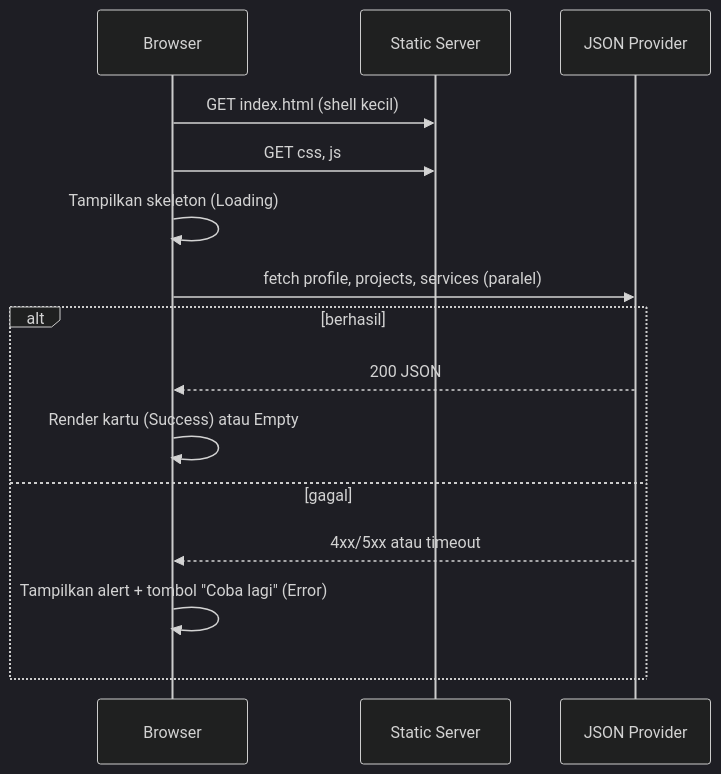
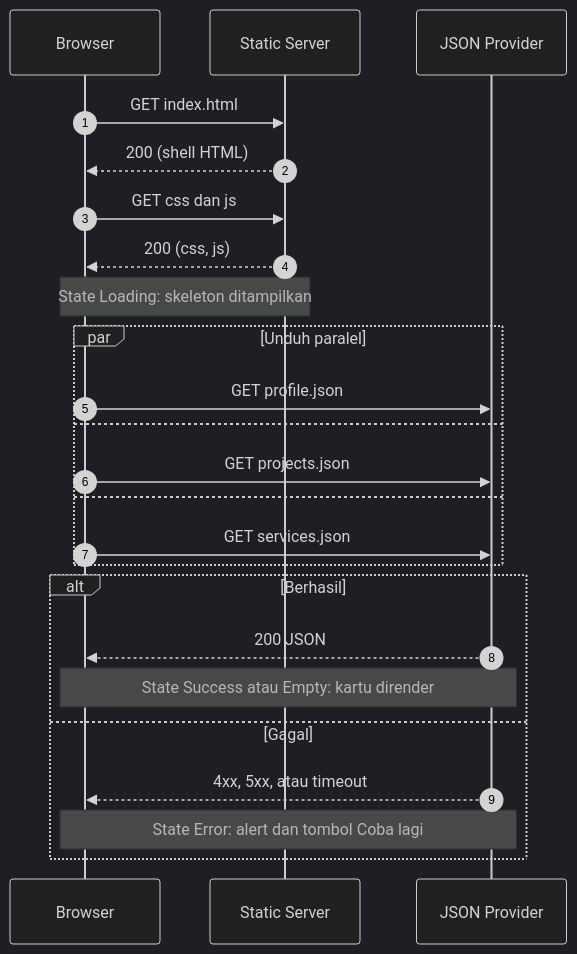
One commit to FredrickAritonang/ppw-2026-week2-12S24001 changed the second of 2 diagrams in README.md. Above: the diagram before and after it, drawn with Mermaid (dark theme).

Commit message:
fix(docs): fix mermaid c4 architecture diagram syntax in readme

````diff
--- a/README.md
+++ b/README.md
@@ -69,17 +69,29 @@
 ```mermaid
 sequenceDiagram
+  autonumber
   participant B as Browser
   participant S as Static Server
   participant D as JSON Provider
-  B->>S: GET index.html (shell kecil)
-  B->>S: GET css, js
-  B->>B: Tampilkan skeleton (Loading)
-  B->>D: fetch profile, projects, services (paralel)
-  alt berhasil
+
+  B->>S: GET index.html
+  S-->>B: 200 (shell HTML)
+  B->>S: GET css dan js
+  S-->>B: 200 (css, js)
+  Note over B,S: State Loading: skeleton ditampilkan
+
+  par Unduh paralel
+    B->>D: GET profile.json
+  and
+    B->>D: GET projects.json
+  and
+    B->>D: GET services.json
+  end
+
+  alt Berhasil
     D-->>B: 200 JSON
-    B->>B: Render kartu (Success) atau Empty
-  else gagal
-    D-->>B: 4xx/5xx atau timeout
-    B->>B: Tampilkan alert + tombol "Coba lagi" (Error)
+    Note over B,D: State Success atau Empty: kartu dirender
+  else Gagal
+    D-->>B: 4xx, 5xx, atau timeout
+    Note over B,D: State Error: alert dan tombol Coba lagi
   end
 ```
````
